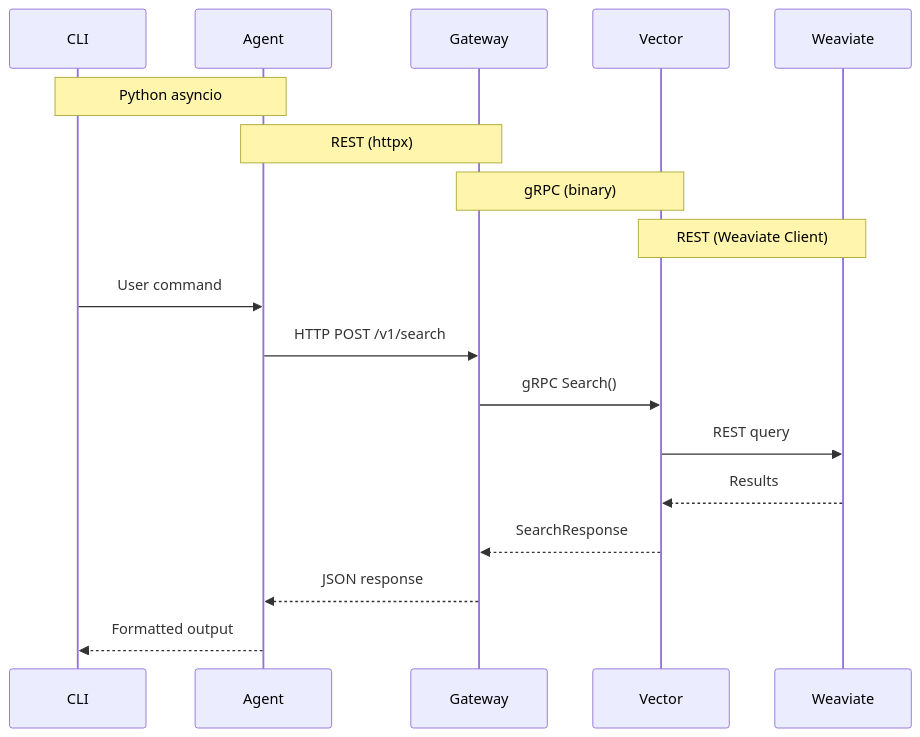
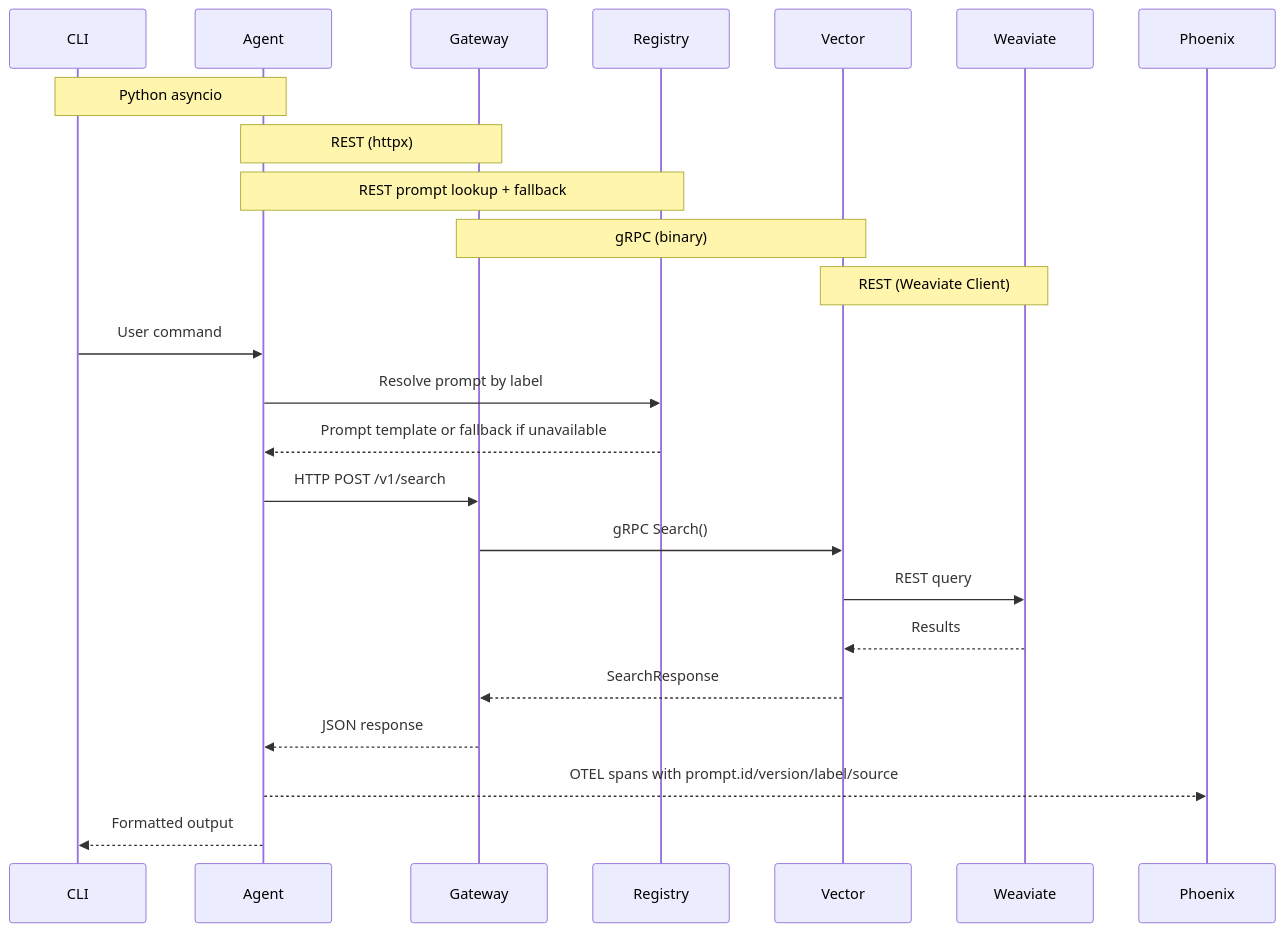
Before and after one commit to JessKelly91/IntraMind: the second of 6 diagrams in docs/ARCHITECTURE.md, drawn with Mermaid. The commit also changed other lines of this file and 9 other files, not shown here.

````diff
--- a/docs/ARCHITECTURE.md
+++ b/docs/ARCHITECTURE.md
@@ -156,22 +198,28 @@
 ```mermaid
 sequenceDiagram
     participant CLI
     participant Agent
     participant Gateway
+    participant Registry
     participant Vector
     participant Weaviate
+    participant Phoenix
     
     Note over CLI,Agent: Python asyncio
     Note over Agent,Gateway: REST (httpx)
+    Note over Agent,Registry: REST prompt lookup + fallback
     Note over Gateway,Vector: gRPC (binary)
     Note over Vector,Weaviate: REST (Weaviate Client)
     
     CLI->>Agent: User command
+    Agent->>Registry: Resolve prompt by label
+    Registry-->>Agent: Prompt template or fallback if unavailable
     Agent->>Gateway: HTTP POST /v1/search
     Gateway->>Vector: gRPC Search()
     Vector->>Weaviate: REST query
     Weaviate-->>Vector: Results
     Vector-->>Gateway: SearchResponse
     Gateway-->>Agent: JSON response
+    Agent-->>Phoenix: OTEL spans with prompt.id/version/label/source
     Agent-->>CLI: Formatted output
 ```
````
